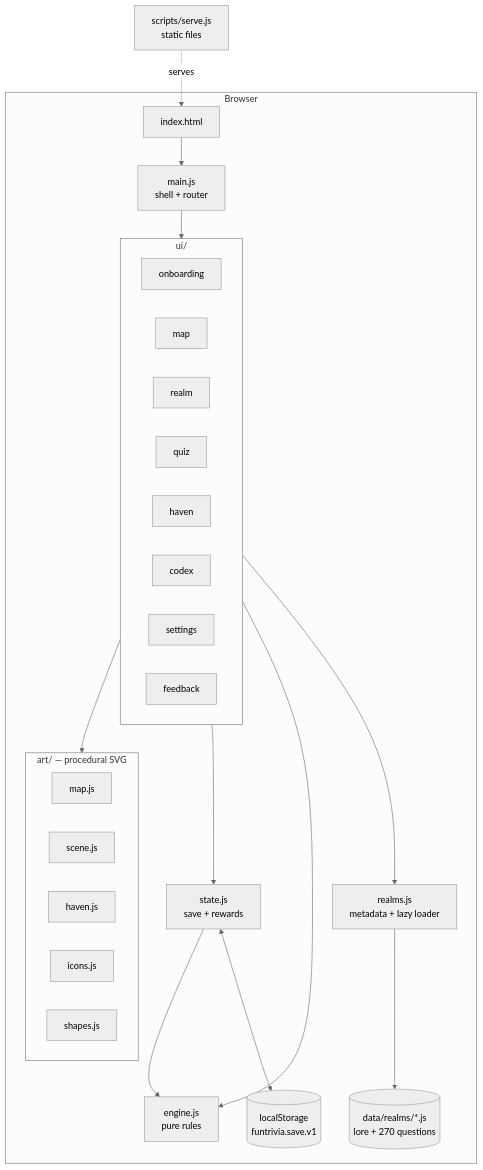
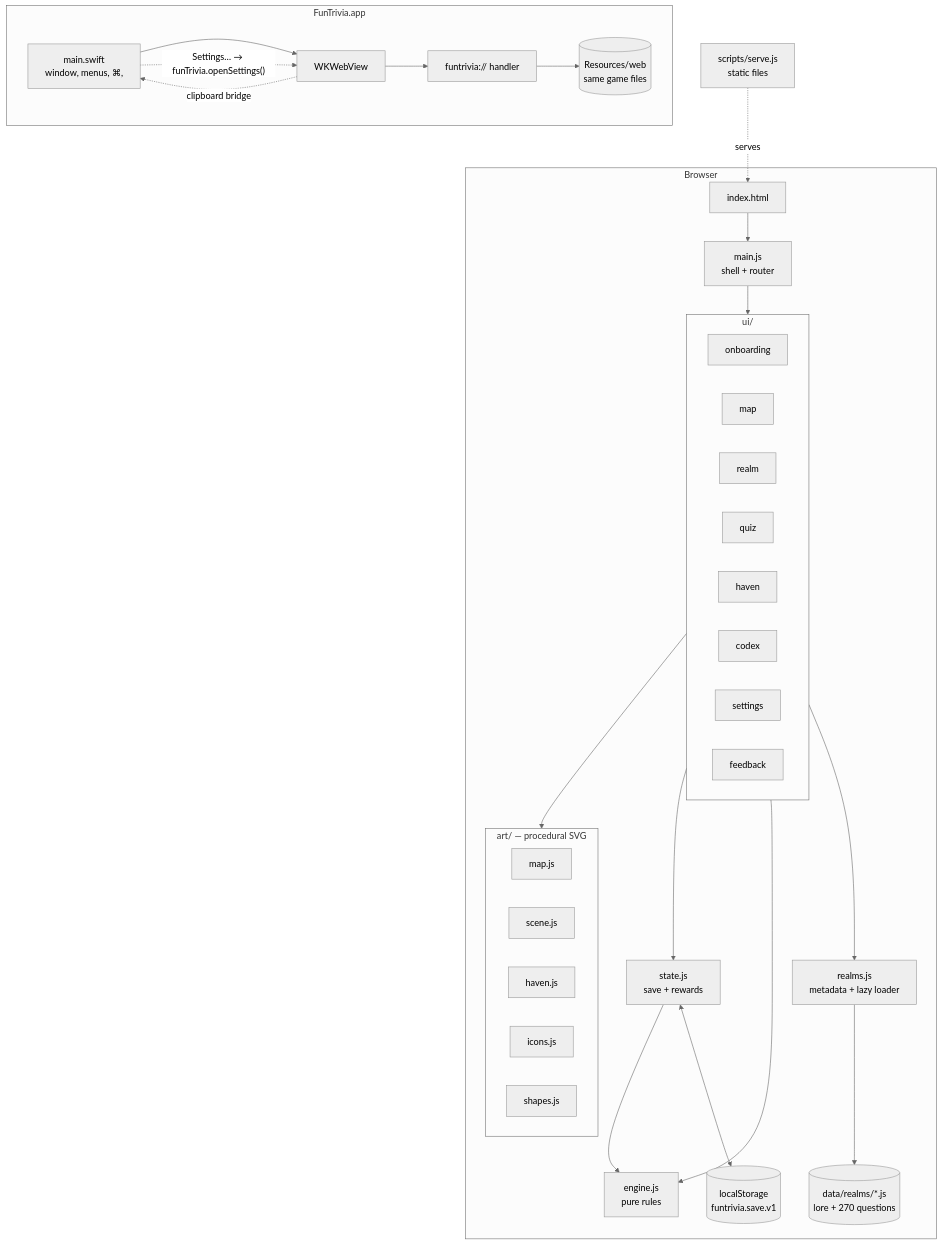
Before and after one commit to amalmehta/FunTrivia: the diagram in docs/SYSTEM-DESIGN.md, drawn with Mermaid (neutral theme). The commit also changed other lines of this file and 14 other files, not shown here.

First line of the commit message:
Add the FunTrivia Mac app

````diff
--- a/docs/SYSTEM-DESIGN.md
+++ b/docs/SYSTEM-DESIGN.md
@@ -7,21 +9,28 @@
 ```mermaid
 flowchart TB
   subgraph Browser
     HTML[index.html] --> Main[main.js<br/>shell + router]
     Main --> Views
     subgraph Views[ui/]
       Onb[onboarding] ; MapV[map] ; RealmV[realm] ; Quiz[quiz] ; HavenV[haven] ; Codex[codex] ; Set[settings] ; Fb[feedback]
     end
     Views --> Art
     subgraph Art[art/ — procedural SVG]
       WorldMap[map.js] ; Scene[scene.js] ; HavenArt[haven.js] ; Icons[icons.js] ; Shapes[shapes.js]
     end
     Views --> State[state.js<br/>save + rewards]
     Views --> Engine[engine.js<br/>pure rules]
     State --> Engine
     Views --> Realms[realms.js<br/>metadata + lazy loader]
     Realms --> Data[(data/realms/*.js<br/>lore + 270 questions)]
     State <--> LS[(localStorage<br/>funtrivia.save.v1)]
   end
   Server[scripts/serve.js<br/>static files] -. serves .-> HTML
+  subgraph MacApp[FunTrivia.app]
+    Shell[main.swift<br/>window, menus, ⌘,] --> WK[WKWebView]
+    WK --> Scheme[funtrivia:// handler]
+    Scheme --> Bundle[(Resources/web<br/>same game files)]
+    Shell -. "Settings… → funTrivia.openSettings()" .-> WK
+    WK -. "clipboard bridge" .-> Shell
+  end
 ```
````
